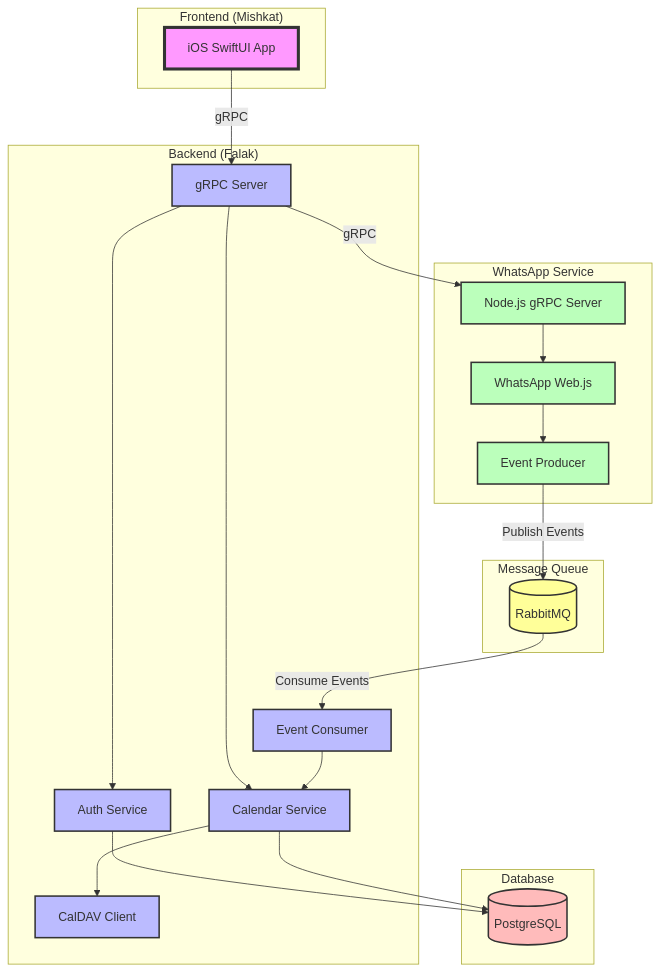
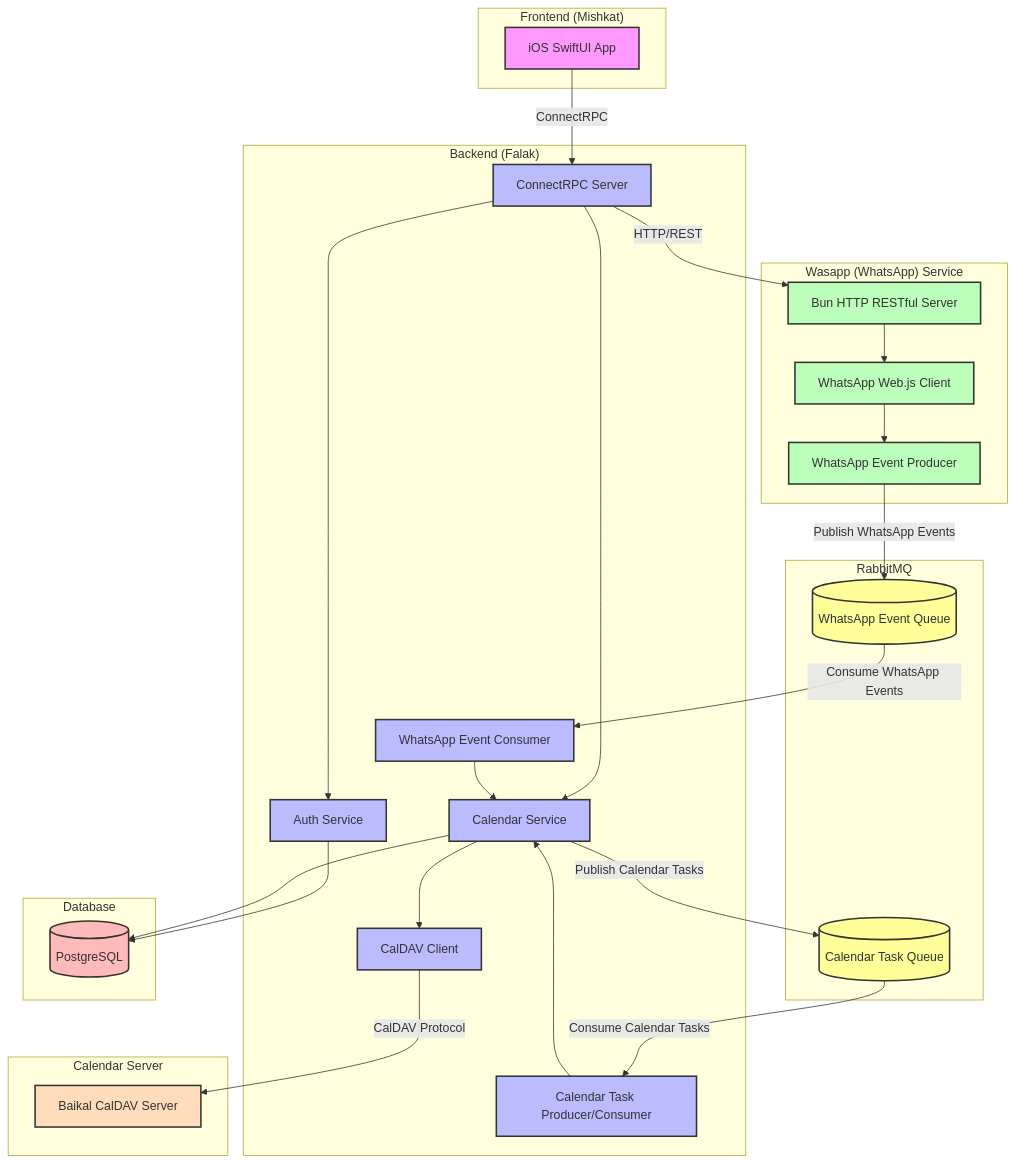
One commit to jadwalapp/symmetrical-spoon changed the diagram in docs/diagrams/architecture.mmd. Above: the diagram before and after it, drawn with Mermaid. The commit also changed 6 other files, not shown here.

```diff
--- a/docs/diagrams/architecture.mmd
+++ b/docs/diagrams/architecture.mmd
@@ -1,55 +1,71 @@
 %% use this to compile it:
 %% mmdc -i docs/diagrams/architecture.mmd -o ./docs/gp1/images/architecture.png -w 900
 graph TB
     subgraph "Frontend (Mishkat)"
         A[iOS SwiftUI App]
     end
 
     subgraph "Backend (Falak)"
-        B[gRPC Server]
+        B[ConnectRPC Server]
         C[Auth Service]
         D[Calendar Service]
         E[CalDAV Client]
-        I[Event Consumer]
+        I[WhatsApp Event Consumer]
+        M[Calendar Task Producer/Consumer]
     end
 
-    subgraph "WhatsApp Service"
-        F[Node.js gRPC Server]
-        G[WhatsApp Web.js]
-        J[Event Producer]
+    subgraph "Wasapp (WhatsApp) Service"
+        F[Bun HTTP RESTful Server]
+        G[WhatsApp Web.js Client]
+        J[WhatsApp Event Producer]
     end
 
-    subgraph "Message Queue"
-        K[(RabbitMQ)]
+    subgraph "RabbitMQ"
+        K_WA[(WhatsApp Event Queue)]
+        K_CAL[(Calendar Task Queue)]
     end
 
     subgraph "Database"
         H[(PostgreSQL)]
     end
 
-    A --gRPC--> B
+    subgraph "Calendar Server"
+        BAIKAL[Baikal CalDAV Server]
+    end
+
+    %% Frontend -> Backend
+    A --"ConnectRPC"--> B
+
     B --> C
     B --> D
     D --> E
-    B --gRPC--> F
+    E --"CalDAV Protocol"--> BAIKAL
+    B --"HTTP/REST"--> F
+
     F --> G
+    G --> J
+    J --"Publish WhatsApp Events"--> K_WA
 
-    G --> J
-    J --"Publish Events"--> K
-    K --"Consume Events"--> I
+    K_WA --"Consume WhatsApp Events"--> I
     I --> D
+
+    D --"Publish Calendar Tasks"--> K_CAL
+    K_CAL --"Consume Calendar Tasks"--> M
+    M --> D
 
     C --> H
     D --> H
 
-    classDef frontend fill:#f9f,stroke:#333,stroke-width:4px;
+    classDef frontend fill:#f9f,stroke:#333,stroke-width:2px;
     classDef backend fill:#bbf,stroke:#333,stroke-width:2px;
     classDef whatsapp fill:#bfb,stroke:#333,stroke-width:2px;
     classDef database fill:#fbb,stroke:#333,stroke-width:2px;
     classDef queue fill:#ff9,stroke:#333,stroke-width:2px;
+    classDef calendar fill:#fdb,stroke:#333,stroke-width:2px;
 
     class A frontend;
-    class B,C,D,E,I backend;
+    class B,C,D,E,I,M backend;
     class F,G,J whatsapp;
     class H database;
-    class K queue;
+    class K_WA,K_CAL queue;
+    class BAIKAL calendar;
```
